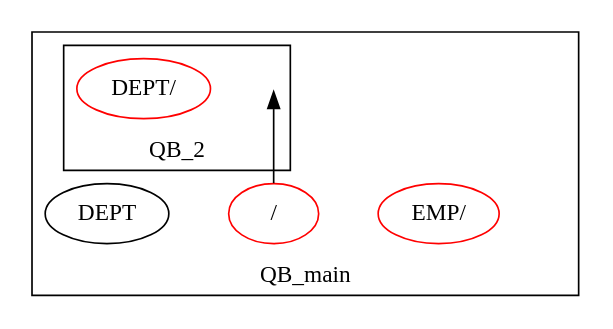
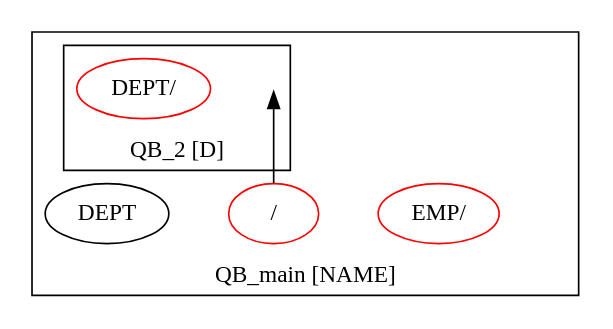
The diagram in qgm.dot (adarshpannu/kona), drawn with Graphviz before and after one commit. The commit also changed 6 other files, not shown here.

```diff
--- a/qgm.dot
+++ b/qgm.dot
@@ -1,17 +1,17 @@
 digraph example1 {
     rankdir=BT;
     nodesep=0.5;
   subgraph cluster_QB_main {
+    label = "QB_main [NAME]";
     "QB_main_pt"[shape=point, color=white];
-    label = "QB_main";
     "QUN_0"[label="EMP/", color=red]
     "QUN_3"[label="/", color=red]
     "QUN_3" -> "QB_2_pt";
   subgraph cluster_QB_2 {
+    label = "QB_2 [D]";
     "QB_2_pt"[shape=point, color=white];
-    label = "QB_2";
     "QUN_1"[label="DEPT/", color=red]
 }
-    exprnode0x7ff948d32988[label="DEPT"];
+    exprnode0x7ff17e4263d8[label="DEPT"];
 }
 }
```
